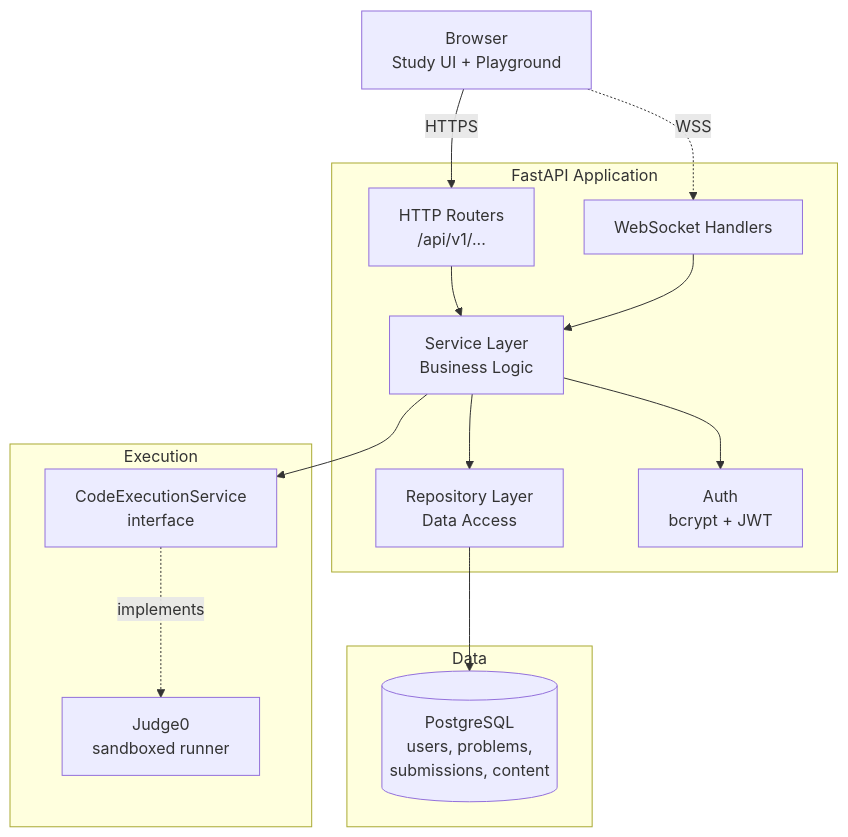
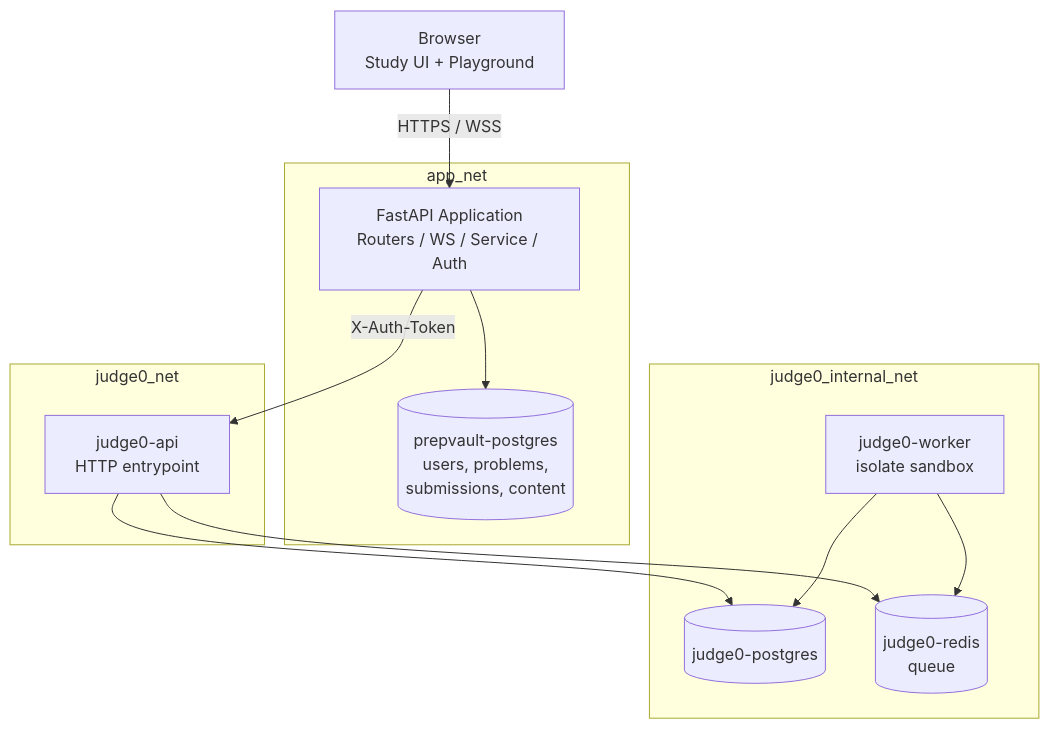
Before and after one commit to dimitrijekastratovic/prepvault: the diagram in README.md, drawn with Mermaid. The commit also changed other lines of this file and 9 other files, not shown here.

````diff
--- a/README.md
+++ b/README.md
@@ -40,31 +40,27 @@
 ```mermaid
 graph TB
     Client[Browser<br/>Study UI + Playground]
 
-    subgraph "FastAPI Application"
-        Router[HTTP Routers<br/>/api/v1/...]
-        WS[WebSocket Handlers]
-        Service[Service Layer<br/>Business Logic]
-        Repo[Repository Layer<br/>Data Access]
-        Auth[Auth<br/>bcrypt + JWT]
+    subgraph app_net["app_net"]
+        App[FastAPI Application<br/>Routers / WS / Service / Auth]
+        AppDB[(prepvault-postgres<br/>users, problems,<br/>submissions, content)]
     end
 
-    subgraph "Data"
-        DB[(PostgreSQL<br/>users, problems,<br/>submissions, content)]
+    subgraph judge0_net["judge0_net"]
+        Judge0API[judge0-api<br/>HTTP entrypoint]
     end
 
-    subgraph "Execution"
-        Exec[CodeExecutionService<br/>interface]
-        Judge0[Judge0<br/>sandboxed runner]
+    subgraph judge0_internal_net["judge0_internal_net"]
+        Worker[judge0-worker<br/>isolate sandbox]
+        Judge0DB[(judge0-postgres)]
+        Redis[(judge0-redis<br/>queue)]
     end
 
-    Client -->|HTTPS| Router
-    Client -.->|WSS| WS
-    Router --> Service
-    WS --> Service
-    Service --> Repo
-    Service --> Auth
-    Service --> Exec
-    Repo --> DB
-    Exec -.implements.-> Judge0
+    Client -->|HTTPS / WSS| App
+    App --> AppDB
+    App -->|X-Auth-Token| Judge0API
+    Judge0API --> Redis
+    Judge0API --> Judge0DB
+    Worker --> Redis
+    Worker --> Judge0DB
 ```
````
